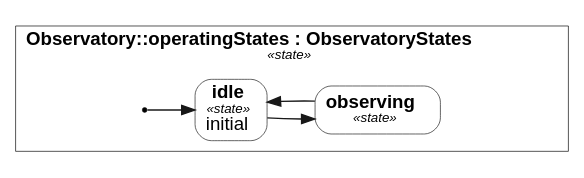
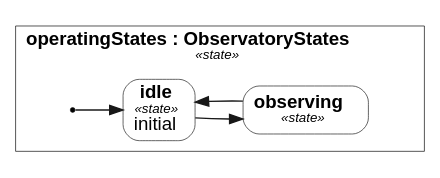
The second of 2 diagrams in internal/doc/docrender/testdata/telescope_report.dot.golden.md (Open-MBEE/OpenSysML), drawn with Graphviz before and after one commit. The commit also changed other lines of this file and 52 other files, not shown here.

First line of the commit message:
fix(view): head graphical roots relative to their shared namespace, types by their own name

````diff
--- a/internal/doc/docrender/testdata/telescope_report.dot.golden.md
+++ b/internal/doc/docrender/testdata/telescope_report.dot.golden.md
@@ -106,22 +106,22 @@
 ```dot
 // kind: state
 // stated: the diagram states kind "state"
 // layout: dot
 digraph {
   graph [fontname="Helvetica", rankdir=LR];
   node [shape=box, style=filled, fillcolor=white, color="#181818", fontname="Helvetica", fontsize=14, penwidth=0.5];
   edge [color="#181818", fontname="Helvetica", fontsize=13, penwidth=1];
   subgraph "cluster_n0" {
-    label=<<b>Observatory::operatingStates : ObservatoryStates</b><br/><font point-size="10"><i>«state»</i></font>>;
+    label=<<b>operatingStates : ObservatoryStates</b><br/><font point-size="10"><i>«state»</i></font>>;
     color=black;
     penwidth=0.5;
     "n0" [shape=point, style=invis, width=0, height=0, label=""];
     "n3" [shape=point, fillcolor=black, label=""];
     "n1" [style="rounded,filled", label=<<b>idle</b><br/><font point-size="10"><i>«state»</i></font><br/>initial>];
     "n2" [style="rounded,filled", label=<<b>observing</b><br/><font point-size="10"><i>«state»</i></font>>];
   }
   "n3" -> "n1";
   "n1" -> "n2";
   "n2" -> "n1";
 }
 ```
````
